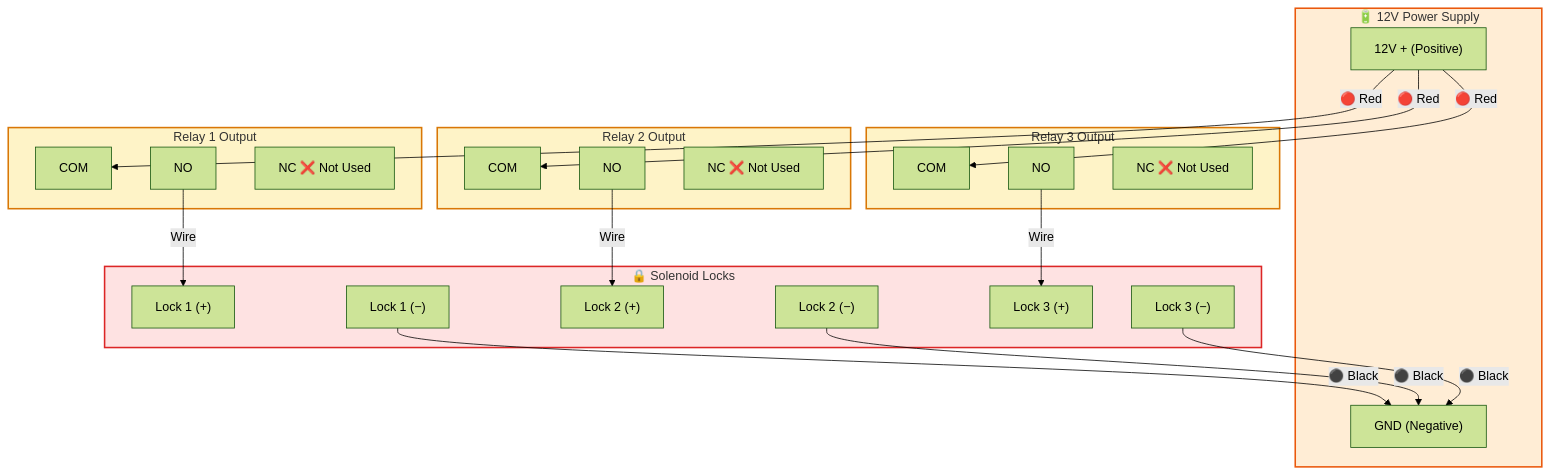
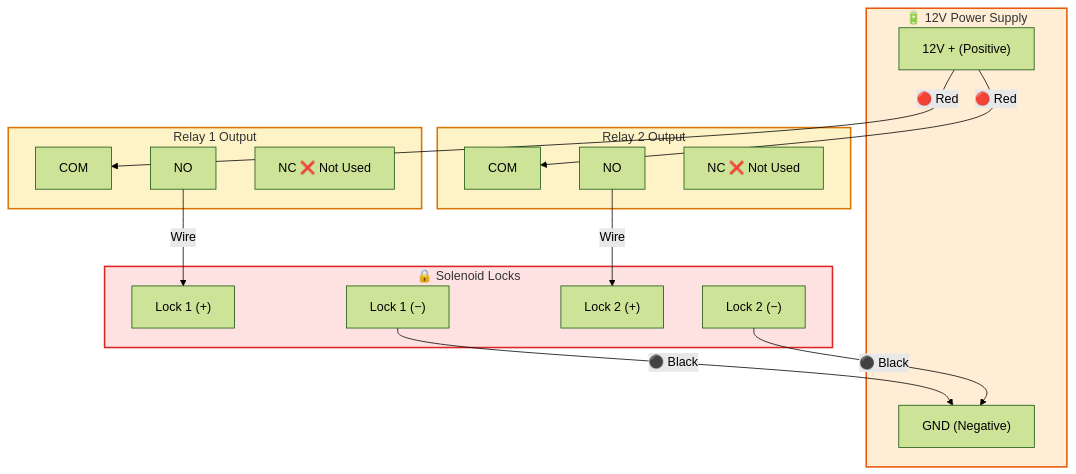
The fourth of 9 diagrams in wiring.md (ermaasofia/SmartParcelLockerSystem), drawn with Mermaid (forest theme) before and after one commit. The commit also changed other lines of this file and 3 other files, not shown here.

````diff
--- a/wiring.md
+++ b/wiring.md
@@ -236,50 +198,38 @@
 ```mermaid
 graph TD
     subgraph PSU ["🔋 12V Power Supply"]
         PLUS["12V + (Positive)"]
         MINUS["GND (Negative)"]
     end
 
     subgraph R1 ["Relay 1 Output"]
         R1C["COM"]
         R1NO["NO"]
         R1NC["NC ❌ Not Used"]
     end
 
     subgraph R2 ["Relay 2 Output"]
         R2C["COM"]
         R2NO["NO"]
         R2NC["NC ❌ Not Used"]
     end
 
-    subgraph R3 ["Relay 3 Output"]
-        R3C["COM"]
-        R3NO["NO"]
-        R3NC["NC ❌ Not Used"]
-    end
-
     subgraph LOCKS ["🔒 Solenoid Locks"]
         L1P["Lock 1 (+)"]
         L1N["Lock 1 (−)"]
         L2P["Lock 2 (+)"]
         L2N["Lock 2 (−)"]
-        L3P["Lock 3 (+)"]
-        L3N["Lock 3 (−)"]
     end
 
     PLUS -->|"🔴 Red"| R1C
     PLUS -->|"🔴 Red"| R2C
-    PLUS -->|"🔴 Red"| R3C
     R1NO -->|"Wire"| L1P
     R2NO -->|"Wire"| L2P
-    R3NO -->|"Wire"| L3P
     L1N -->|"⚫ Black"| MINUS
     L2N -->|"⚫ Black"| MINUS
-    L3N -->|"⚫ Black"| MINUS
 
     style PSU fill:#ffedd5,stroke:#ea580c,stroke-width:2px
     style R1 fill:#fef3c7,stroke:#d97706,stroke-width:2px
     style R2 fill:#fef3c7,stroke:#d97706,stroke-width:2px
-    style R3 fill:#fef3c7,stroke:#d97706,stroke-width:2px
     style LOCKS fill:#fee2e2,stroke:#dc2626,stroke-width:2px
 ```
````
